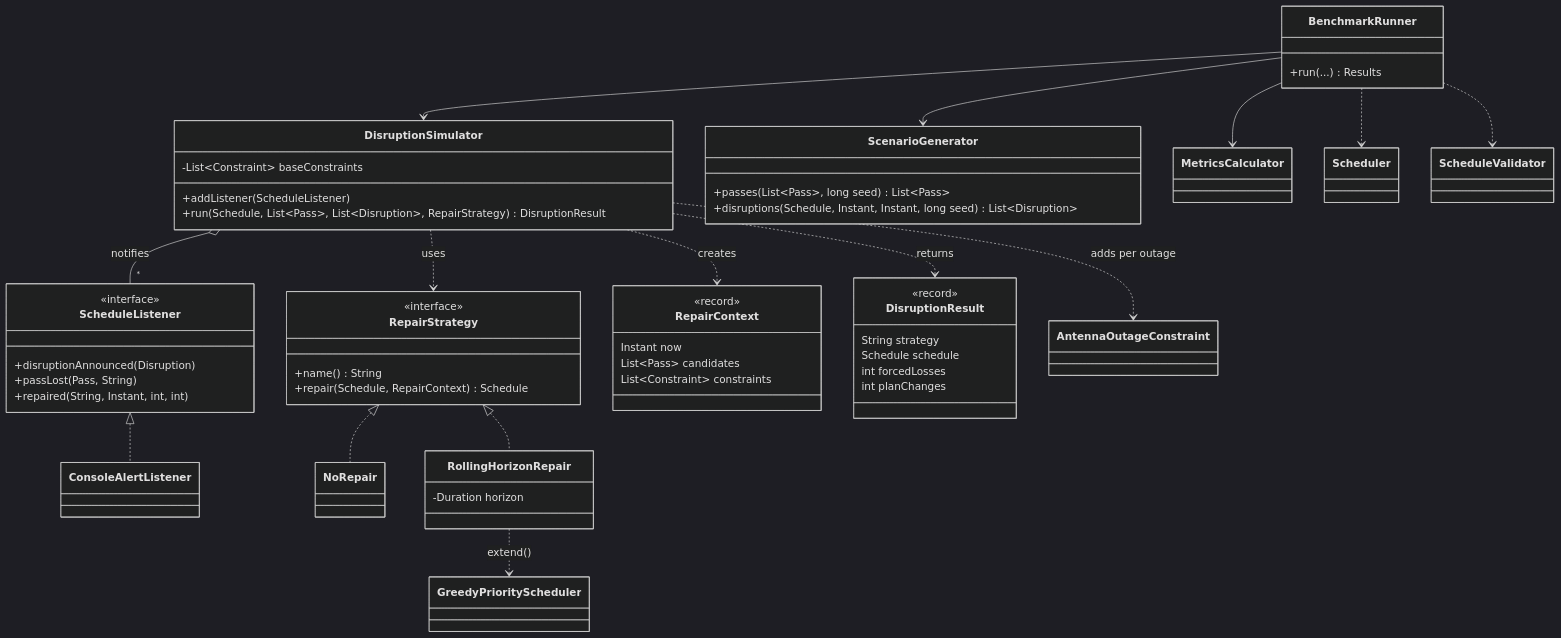
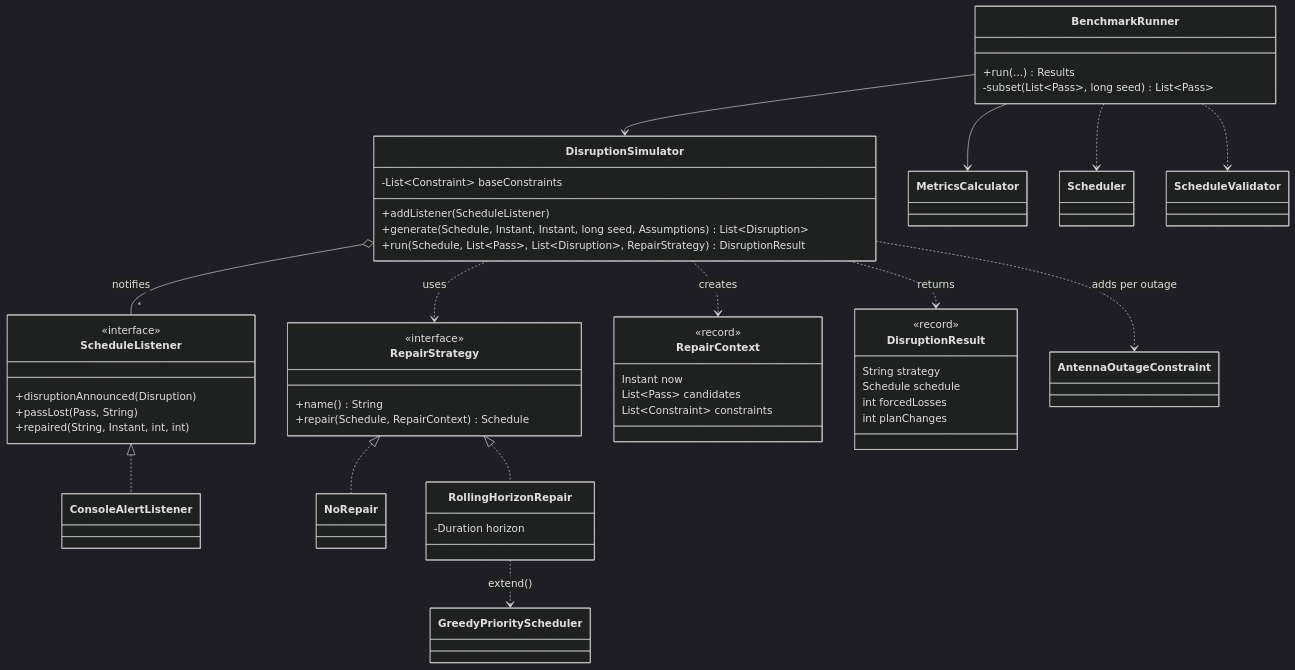
One commit to Kanishka-Deva/OrbitSlot changed the third of 4 diagrams in docs/uml.md. Above: the diagram before and after it, drawn with Mermaid (dark theme). The commit also changed other lines of this file and 1 other file, not shown here.

Commit message:
Update README and UML for the simplified structure

````diff
--- a/docs/uml.md
+++ b/docs/uml.md
@@ -185,62 +191,59 @@
 ```mermaid
 classDiagram
     direction TB
     class DisruptionSimulator {
         -List~Constraint~ baseConstraints
         +addListener(ScheduleListener)
+        +generate(Schedule, Instant, Instant, long seed, Assumptions) List~Disruption~
         +run(Schedule, List~Pass~, List~Disruption~, RepairStrategy) DisruptionResult
     }
     class ScheduleListener {
         <<interface>>
         +disruptionAnnounced(Disruption)
         +passLost(Pass, String)
         +repaired(String, Instant, int, int)
     }
     class ConsoleAlertListener
     ScheduleListener <|.. ConsoleAlertListener
     DisruptionSimulator o-- "*" ScheduleListener : notifies
 
     class RepairStrategy {
         <<interface>>
         +name() String
         +repair(Schedule, RepairContext) Schedule
     }
     class NoRepair
     class RollingHorizonRepair {
         -Duration horizon
     }
     RepairStrategy <|.. NoRepair
     RepairStrategy <|.. RollingHorizonRepair
     RollingHorizonRepair ..> GreedyPriorityScheduler : extend()
 
     class RepairContext {
         <<record>>
         Instant now
         List~Pass~ candidates
         List~Constraint~ constraints
     }
     class DisruptionResult {
         <<record>>
         String strategy
         Schedule schedule
         int forcedLosses
         int planChanges
     }
     DisruptionSimulator ..> RepairStrategy : uses
     DisruptionSimulator ..> RepairContext : creates
     DisruptionSimulator ..> DisruptionResult : returns
     DisruptionSimulator ..> AntennaOutageConstraint : adds per outage
 
-    class ScenarioGenerator {
-        +passes(List~Pass~, long seed) List~Pass~
-        +disruptions(Schedule, Instant, Instant, long seed) List~Disruption~
-    }
     class BenchmarkRunner {
         +run(...) Results
+        -subset(List~Pass~, long seed) List~Pass~
     }
-    BenchmarkRunner --> ScenarioGenerator
     BenchmarkRunner --> DisruptionSimulator
     BenchmarkRunner --> MetricsCalculator
     BenchmarkRunner ..> Scheduler
     BenchmarkRunner ..> ScheduleValidator
 ```
````
